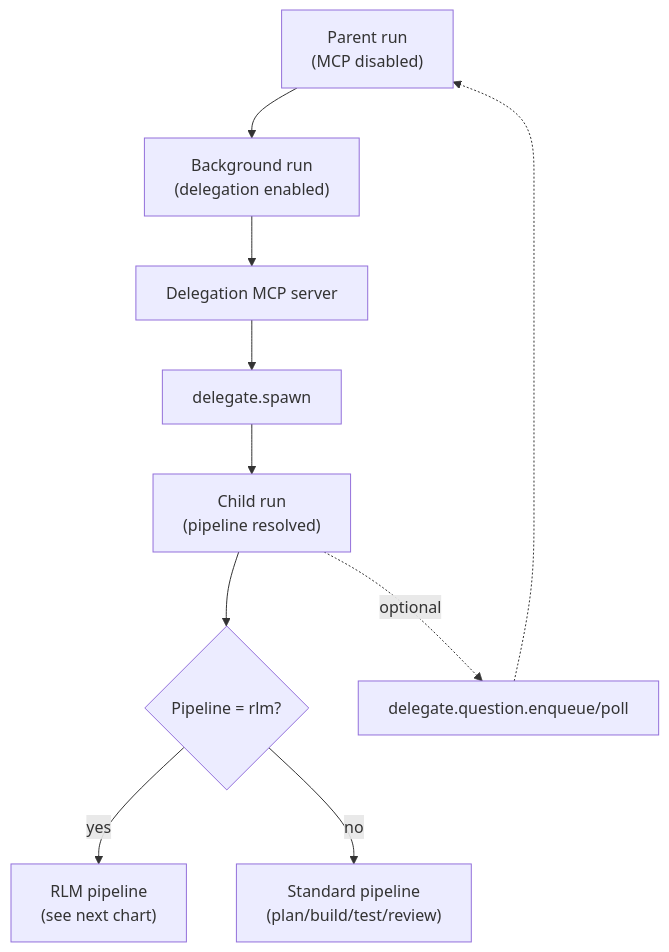
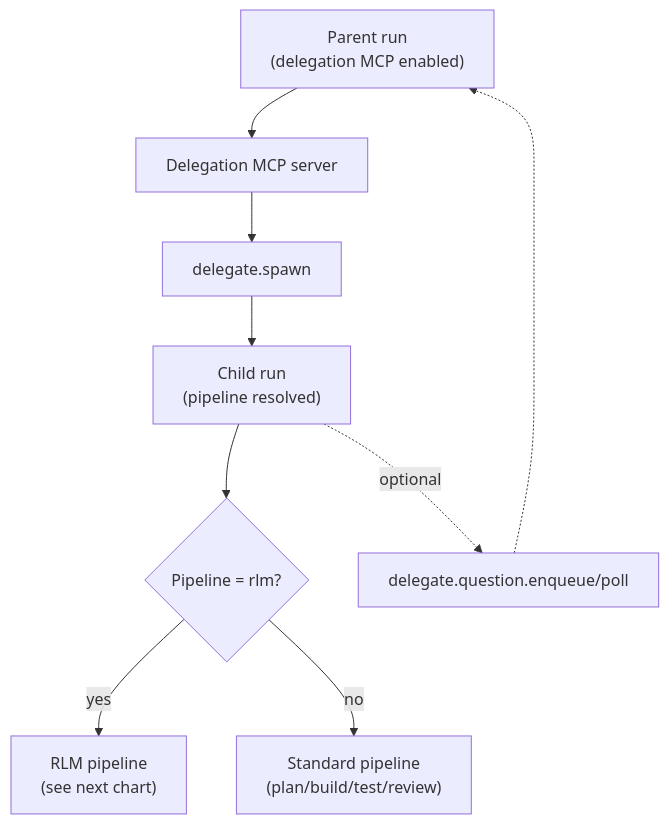
Before and after one commit to Kbediako/CO: the first of 2 diagrams in README.md, drawn with Mermaid. The commit also changed other lines of this file and 41 other files, not shown here.

````diff
--- a/README.md
+++ b/README.md
@@ -62,16 +62,15 @@
 ```mermaid
 flowchart TB
-  A["Parent run<br/>(MCP disabled)"]
-  B["Background run<br/>(delegation enabled)"]
+  A["Parent run<br/>(delegation MCP enabled)"]
   C["Delegation MCP server"]
   D["delegate.spawn"]
   E["Child run<br/>(pipeline resolved)"]
   N{Pipeline = rlm?}
   P["Standard pipeline<br/>(plan/build/test/review)"]
   RLM["RLM pipeline<br/>(see next chart)"]
 
-  A --> B --> C --> D --> E --> N
+  A --> C --> D --> E --> N
   N -- yes --> RLM
   N -- no --> P
   E -. optional .-> Q["delegate.question.enqueue/poll"] -.-> A
 ```
````
